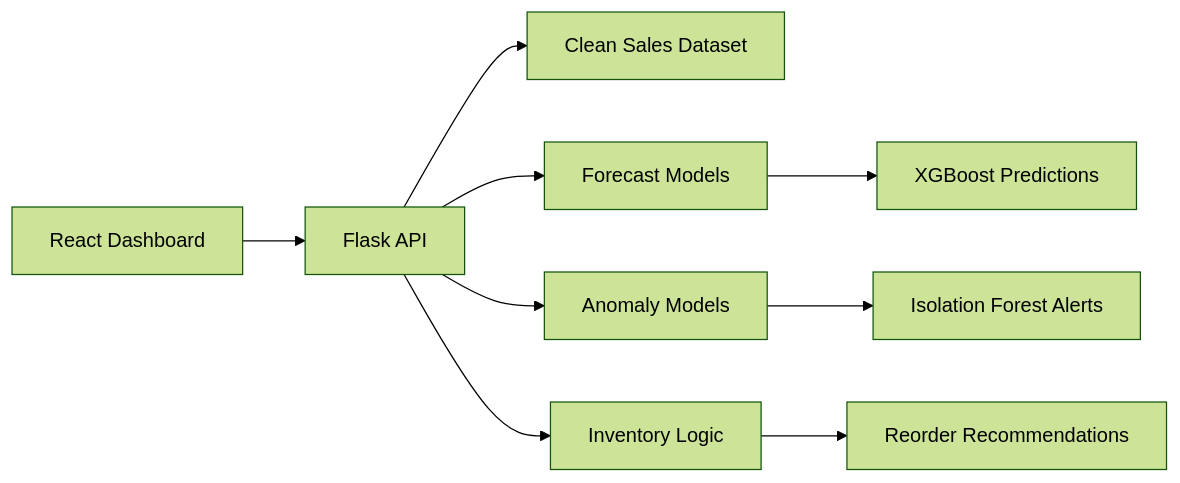
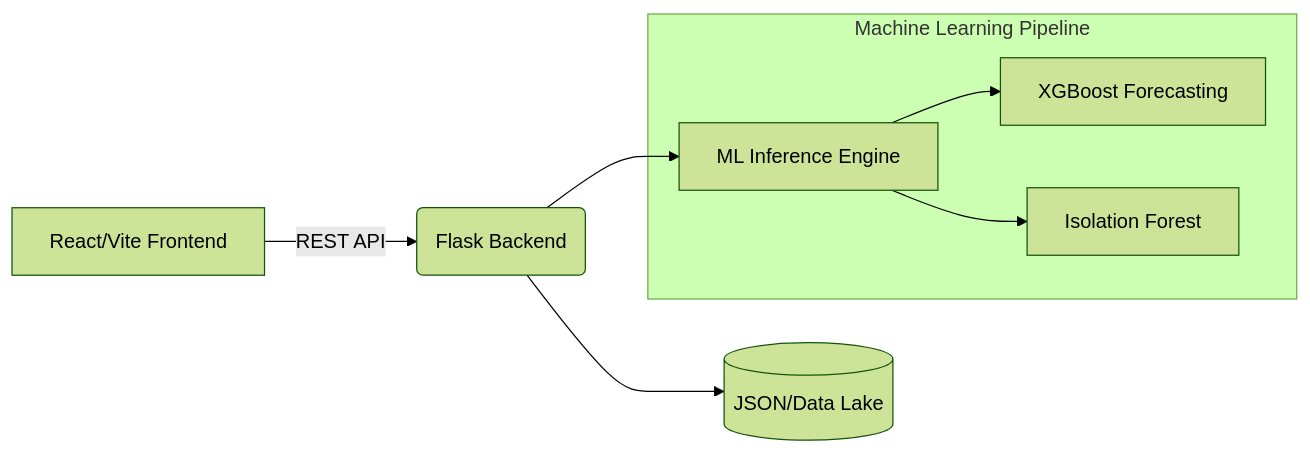
Before and after one commit to Shy4n7/DemandSense: the diagram in README.md, drawn with Mermaid (forest theme). The commit also changed other lines of this file, not shown here.

````diff
--- a/README.md
+++ b/README.md
@@ -77,12 +32,11 @@
 ```mermaid
 graph LR
-    A[React Dashboard] --> B[Flask API]
-    B --> C[Clean Sales Dataset]
-    B --> D[Forecast Models]
-    B --> E[Anomaly Models]
-    B --> F[Inventory Logic]
-
-    D --> G[XGBoost Predictions]
-    E --> H[Isolation Forest Alerts]
-    F --> I[Reorder Recommendations]
+    A[React/Vite Frontend] -->|REST API| B(Flask Backend)
+    B --> C[(JSON/Data Lake)]
+    B --> D[ML Inference Engine]
+    
+    subgraph Machine Learning Pipeline
+    D --> E[XGBoost Forecasting]
+    D --> F[Isolation Forest]
+    end
 ```
````
